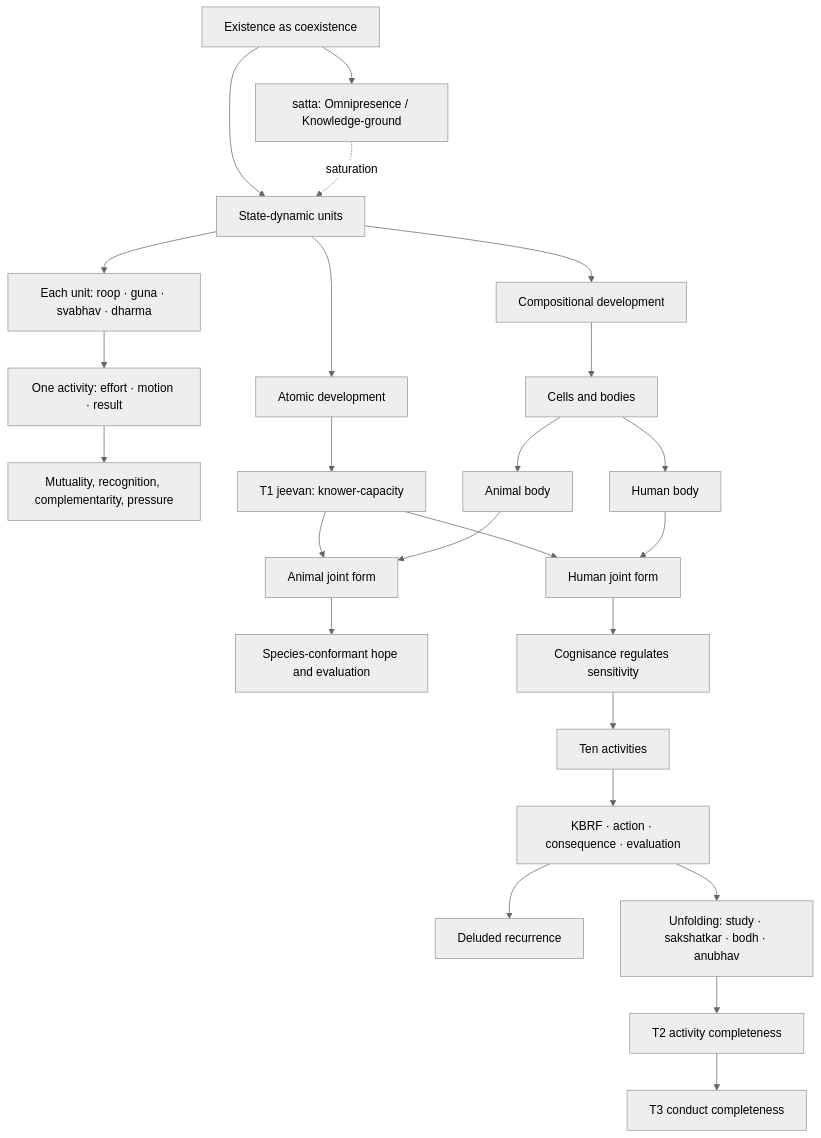
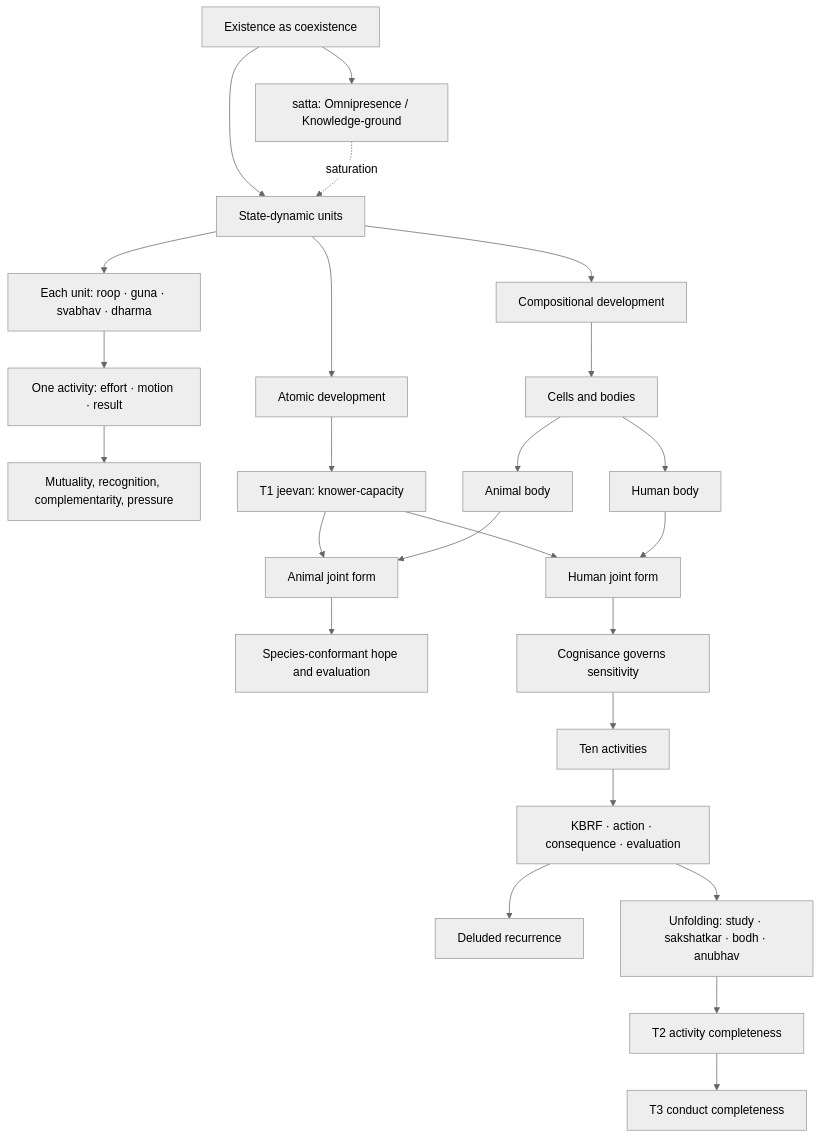
The first of 7 diagrams in Studies/A-State-Dynamic-Model-Of-Coexistence/A-State-Dynamic-Model-Of-Coexistence.md (raghavamohan/AnalyticMadhyasthDarshan), drawn with Mermaid (neutral theme) before and after one commit. The commit also changed other lines of this file and 9 other files, not shown here.

````diff
--- a/Studies/A-State-Dynamic-Model-Of-Coexistence/A-State-Dynamic-Model-Of-Coexistence.md
+++ b/Studies/A-State-Dynamic-Model-Of-Coexistence/A-State-Dynamic-Model-Of-Coexistence.md
@@ -22,30 +22,30 @@
 ```mermaid
 flowchart TD
     E["Existence as coexistence"] --> O["satta: Omnipresence / Knowledge-ground"]
     E --> U["State-dynamic units"]
     O -.->|"saturation"| U
     U --> ONE["Each unit: roop · guna · svabhav · dharma"]
     ONE --> EMR["One activity: effort · motion · result"]
     EMR --> MUT["Mutuality, recognition, complementarity, pressure"]
 
     U --> CL["Compositional development"]
     CL --> BIO["Cells and bodies"]
     U --> AL["Atomic development"]
     AL --> T1["T1 jeevan: knower-capacity"]
     BIO --> AB["Animal body"]
     BIO --> HB["Human body"]
     T1 --> AJ["Animal joint form"]
     T1 --> HJ["Human joint form"]
     AB --> AJ
     HB --> HJ
 
     AJ --> AE["Species-conformant hope and evaluation"]
 
-    HJ --> COG["Cognisance regulates sensitivity"]
+    HJ --> COG["Cognisance governs sensitivity"]
     COG --> HF["Ten activities"]
     HF --> REC["KBRF · action · consequence · evaluation"]
     REC --> DEL["Deluded recurrence"]
     REC --> AW["Unfolding: study · sakshatkar · bodh · anubhav"]
     AW --> T2["T2 activity completeness"]
     T2 --> T3["T3 conduct completeness"]
 ```
````
